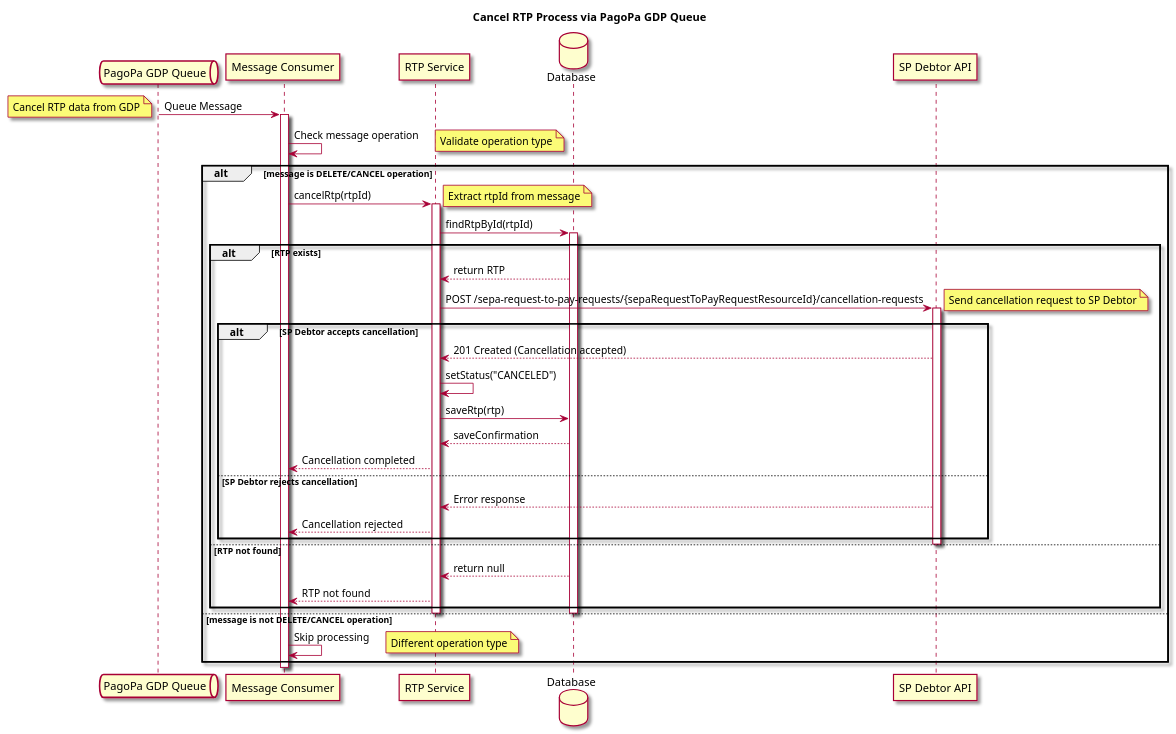
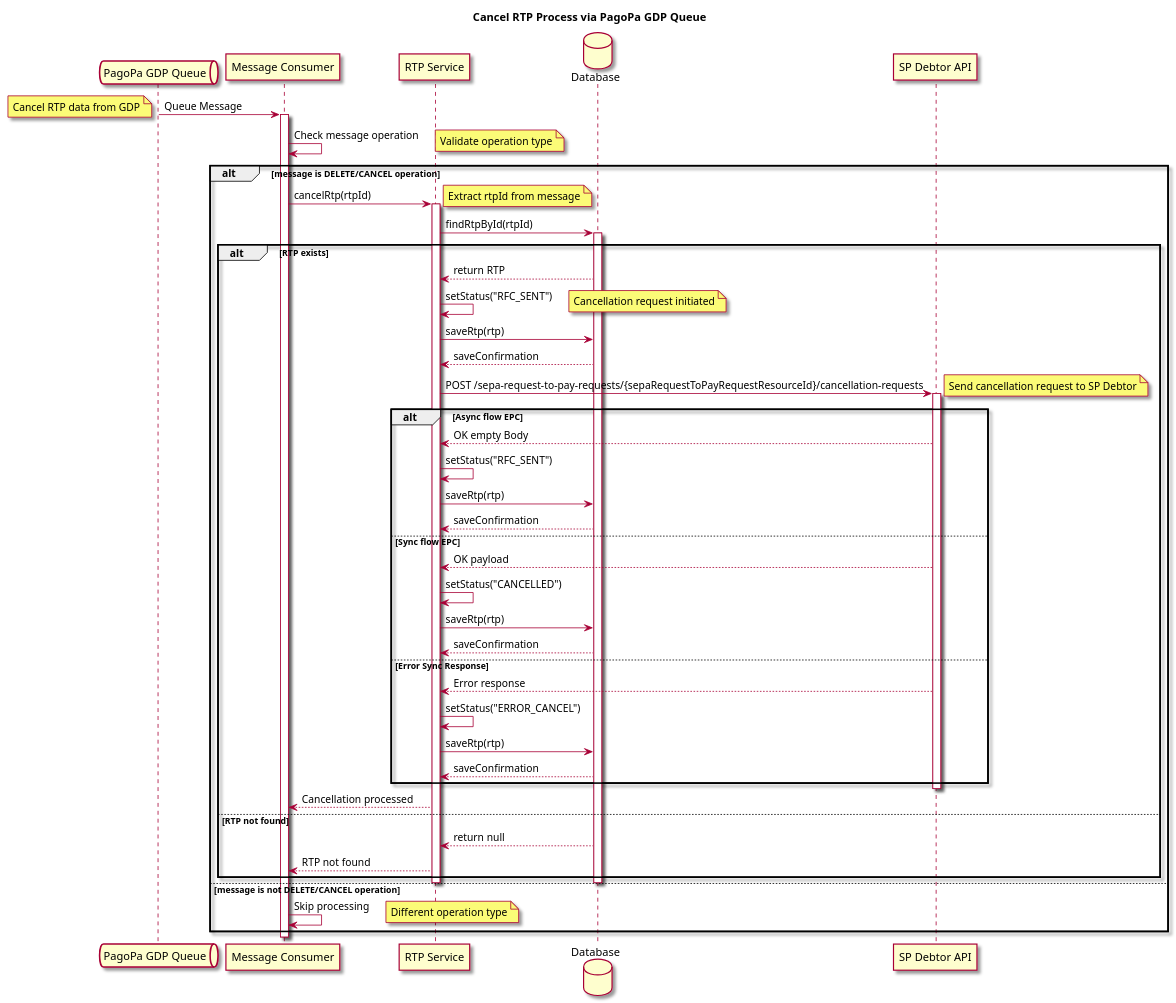
One commit to pagopa/rtp-docs changed the diagram in diagrams/delete-queue-schema.puml. Above: the diagram before and after it, drawn with PlantUML. The commit also changed 6 other files, not shown here.

```diff
--- a/diagrams/delete-queue-schema.puml
+++ b/diagrams/delete-queue-schema.puml
@@ -1,53 +1,64 @@
 @startuml
 skin rose
 title Cancel RTP Process via PagoPa GDP Queue
 queue "PagoPa GDP Queue" as Queue
 participant "Message Consumer" as Consumer
 participant "RTP Service" as Service
 database Database as DB
 participant "SP Debtor API" as SPDAPI
 
 Queue -> Consumer: Queue Message
 note left: Cancel RTP data from GDP
 activate Consumer
 Consumer -> Consumer: Check message operation
 note right: Validate operation type
 alt message is DELETE/CANCEL operation
 Consumer -> Service: cancelRtp(rtpId)
 note right: Extract rtpId from message
 activate Service
 Service -> DB: findRtpById(rtpId)
 activate DB
 alt RTP exists
     DB --> Service: return RTP
     
+    Service -> Service: setStatus("RFC_SENT")
+    note right: Cancellation request initiated
+    Service -> DB: saveRtp(rtp)
+    DB --> Service: saveConfirmation
+    
     Service -> SPDAPI: POST /sepa-request-to-pay-requests/{sepaRequestToPayRequestResourceId}/cancellation-requests
     note right: Send cancellation request to SP Debtor
     activate SPDAPI
     
-    alt SP Debtor accepts cancellation
-        SPDAPI --> Service: 201 Created (Cancellation accepted)
-        
-        Service -> Service: setStatus("CANCELED")
+    alt Async flow EPC
+        SPDAPI --> Service: OK empty Body
+        Service -> Service: setStatus("RFC_SENT")
         Service -> DB: saveRtp(rtp)
         DB --> Service: saveConfirmation
-        Service --> Consumer: Cancellation completed
-    else SP Debtor rejects cancellation
+    else Sync flow EPC
+        SPDAPI --> Service: OK payload
+        Service -> Service: setStatus("CANCELLED")
+        Service -> DB: saveRtp(rtp)
+        DB --> Service: saveConfirmation
+    else Error Sync Response
         SPDAPI --> Service: Error response
-        Service --> Consumer: Cancellation rejected
+        Service -> Service: setStatus("ERROR_CANCEL")
+        Service -> DB: saveRtp(rtp)
+        DB --> Service: saveConfirmation
     end
     
     deactivate SPDAPI
+    Service --> Consumer: Cancellation processed
     
 else RTP not found
     DB --> Service: return null
     Service --> Consumer: RTP not found
 end
 deactivate DB
 deactivate Service
 else message is not DELETE/CANCEL operation
 Consumer -> Consumer: Skip processing
 note right: Different operation type
 end
 deactivate Consumer
 @enduml
```
